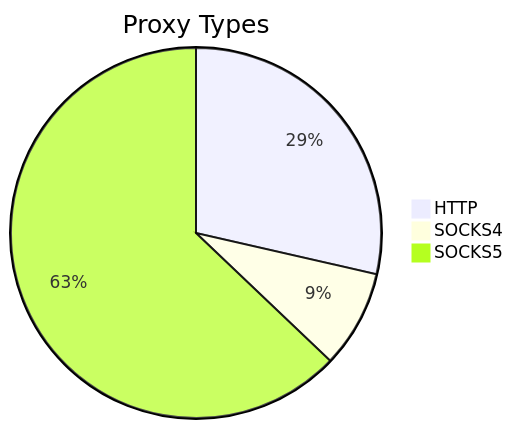
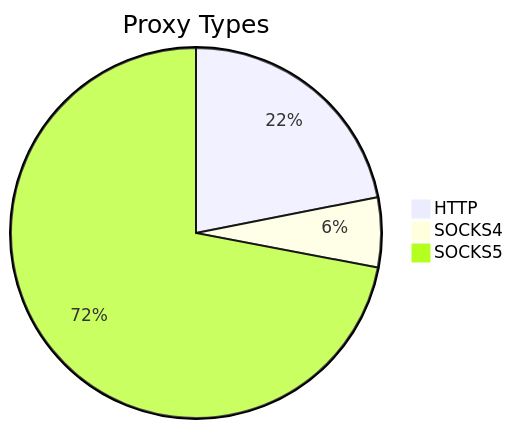
The first of 2 diagrams in README.md (stormsia/proxy-list), drawn with Mermaid before and after one commit. The commit also changed other lines of this file, not shown here.

````diff
--- a/README.md
+++ b/README.md
@@ -21,6 +21,6 @@
 ```mermaid
 pie title Proxy Types
-    "HTTP" : 368
-    "SOCKS4" : 110
-    "SOCKS5" : 810
+    "HTTP" : 205
+    "SOCKS4" : 57
+    "SOCKS5" : 674
 ```
````
